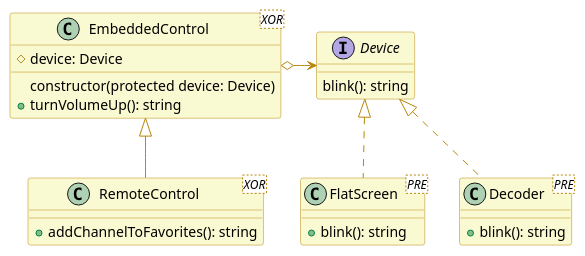
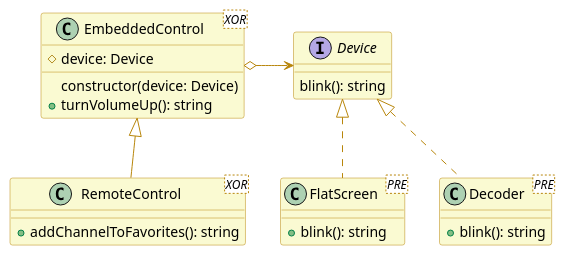
Before and after one commit to plkpiotr/design-patterns: the diagram in src/app/structural/bridge/bridge.puml, drawn with PlantUML. The commit also changed 9 other files, not shown here.

Commit message:
Launch test and remove redundant information from diagrams

```diff
--- a/src/app/structural/bridge/bridge.puml
+++ b/src/app/structural/bridge/bridge.puml
@@ -1,38 +1,38 @@
 @startuml
 
 skinparam class {
   backgroundColor lightgoldenrodyellow
   arrowColor darkgoldenrod
   borderColor darkgoldenrod
 }
 
 class EmbeddedControl <XOR> {
   # device: Device
-  constructor(protected device: Device)
+  constructor(device: Device)
   + turnVolumeUp(): string
 }
 
 class RemoteControl <XOR> {
   + addChannelToFavorites(): string
 }
 
 interface Device {
   blink(): string
 }
 
 class FlatScreen <PRE> {
   + blink(): string
 }
 
 class Decoder <PRE> {
   + blink(): string
 }
 
 EmbeddedControl <|-- RemoteControl
 
 EmbeddedControl o-> Device
 
 Device <|.. FlatScreen
 Device <|.. Decoder
 
 @enduml
```
